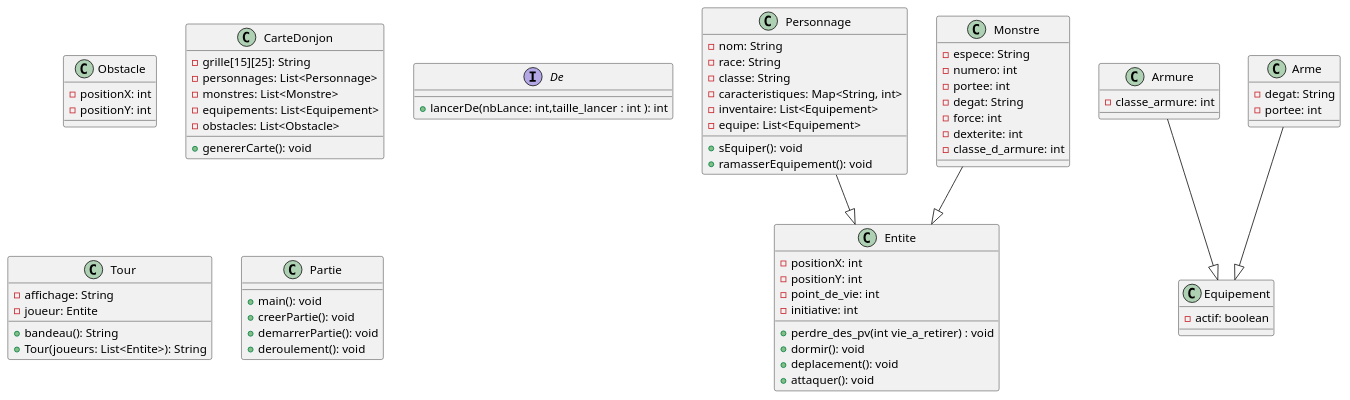
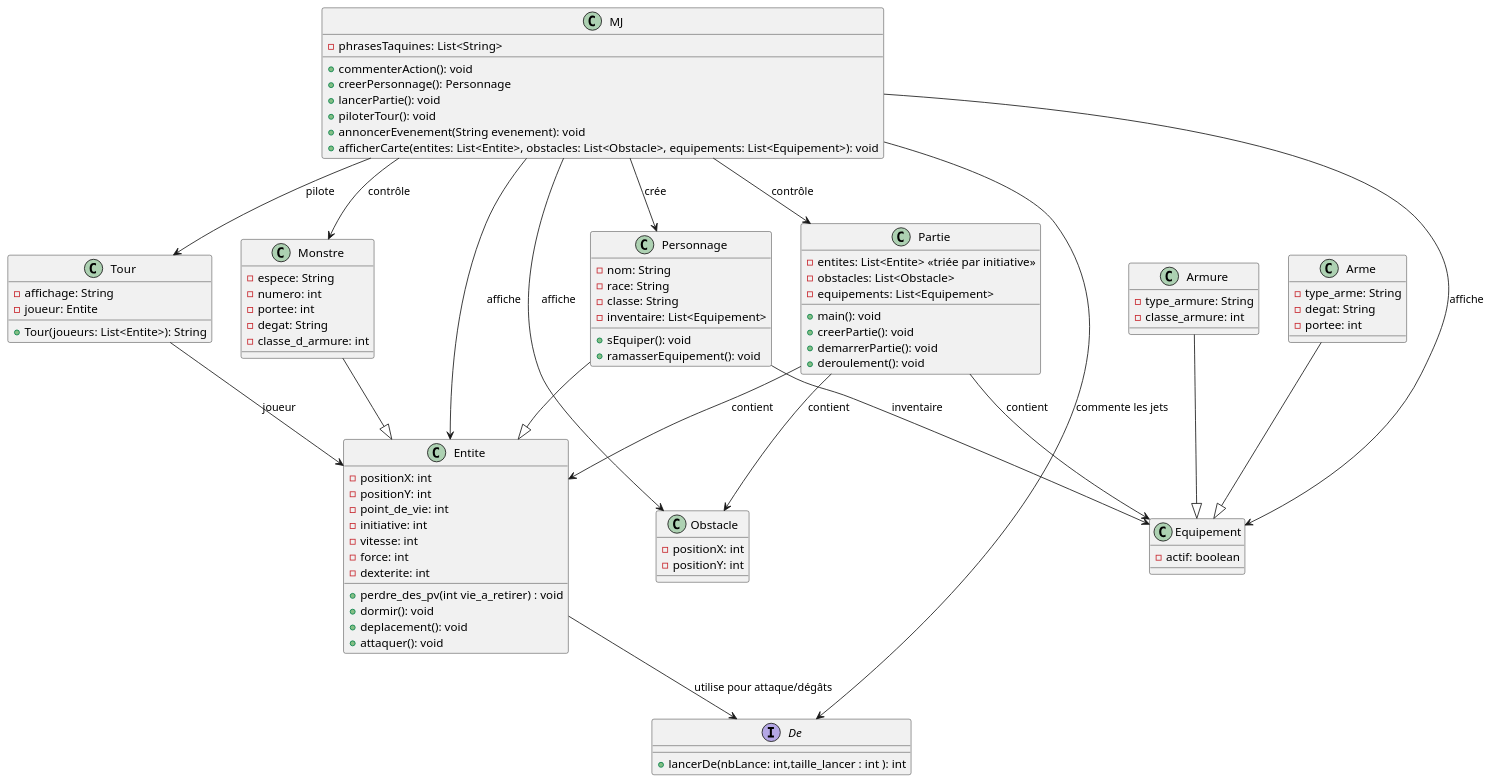
One commit to Lejo54/DnD_POO changed the diagram in uml/semaine1.puml. Above: the diagram before and after it, drawn with PlantUML. The commit also changed other lines of this file, not shown here.

Commit message:
uml mis a jour

```diff
--- a/uml/semaine1.puml
+++ b/uml/semaine1.puml
@@ -1,88 +1,106 @@
 @startuml
 
-' Entités de base
 class Entite {
   - positionX: int
   - positionY: int
   - point_de_vie: int
   - initiative: int
+  - vitesse: int
+  - force: int
+  - dexterite: int
   + perdre_des_pv(int vie_a_retirer) : void
   + dormir(): void
   + deplacement(): void
   + attaquer(): void
 }
 
 class Personnage {
   - nom: String
   - race: String
   - classe: String
-  - caracteristiques: Map<String, int>
   - inventaire: List<Equipement>
-  - equipe: List<Equipement>
   + sEquiper(): void
   + ramasserEquipement(): void
 }
 
 class Monstre {
   - espece: String
   - numero: int
   - portee: int
   - degat: String
-  - force: int
-  - dexterite: int
   - classe_d_armure: int
 }
 
 class Equipement {
   - actif: boolean
 }
 
 class Armure {
+  - type_armure: String
   - classe_armure: int
 }
 
 class Arme {
+  - type_arme: String
   - degat: String
   - portee: int
 }
 
 class Obstacle {
   - positionX: int
   - positionY: int
 }
 
-class CarteDonjon {
-  - grille[15][25]: String
-  - personnages: List<Personnage>
-  - monstres: List<Monstre>
-  - equipements: List<Equipement>
-  - obstacles: List<Obstacle>
-  + genererCarte(): void
-}
-
 interface De {
   + lancerDe(nbLance: int,taille_lancer : int ): int
-
 }
 
 class Tour {
   - affichage: String
   - joueur: Entite
-  + bandeau(): String
   + Tour(joueurs: List<Entite>): String
 }
 
 class Partie {
+  - entites: List<Entite> <<triée par initiative>>
+  - obstacles: List<Obstacle>
+  - equipements: List<Equipement>
   + main(): void
   + creerPartie(): void
   + demarrerPartie(): void
   + deroulement(): void
+}
+
+class MJ {
+  - phrasesTaquines: List<String>
+  + commenterAction(): void
+  + creerPersonnage(): Personnage
+  + lancerPartie(): void
+  + piloterTour(): void
+  + annoncerEvenement(String evenement): void
+  + afficherCarte(entites: List<Entite>, obstacles: List<Obstacle>, equipements: List<Equipement>): void
 }
 
 ' Héritages
 Personnage --|> Entite
 Monstre --|> Entite
 Arme --|> Equipement
 Armure --|> Equipement
 
+' Liens logiques
+MJ --> Personnage : crée
+MJ --> Partie : contrôle
+MJ --> Tour : pilote
+MJ --> Monstre : contrôle
+MJ --> De : commente les jets
+MJ --> Entite : affiche
+MJ --> Obstacle : affiche
+MJ --> Equipement : affiche
+Tour --> Entite : joueur
+Partie --> Entite : contient
+Partie --> Obstacle : contient
+Partie --> Equipement : contient
+Personnage --> Equipement : inventaire
+Entite --> De : utilise pour attaque/dégâts
+
 @enduml
```
